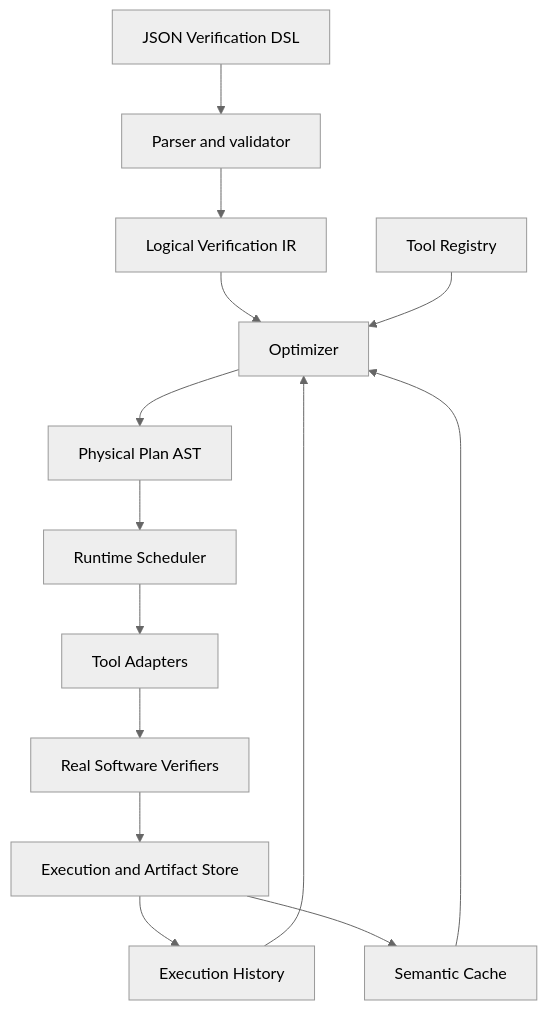
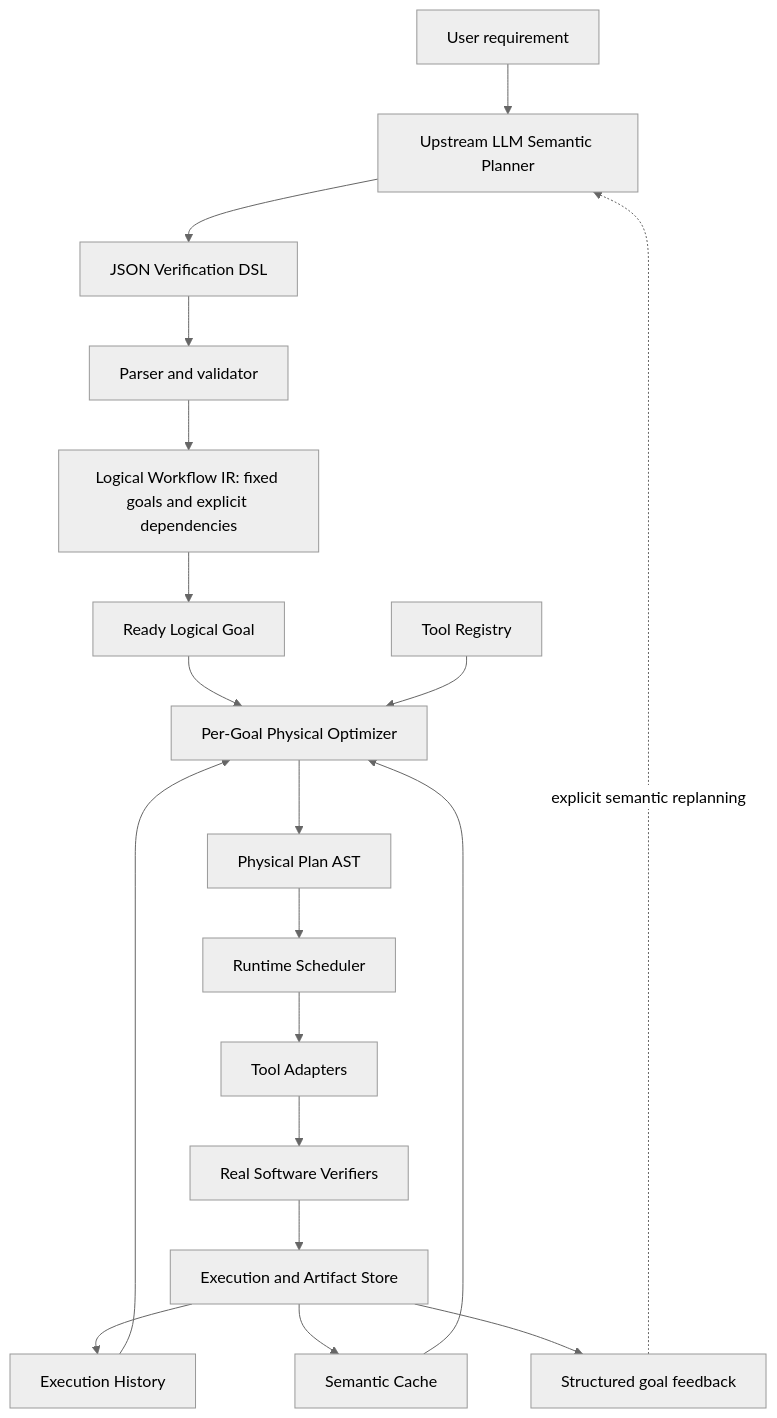
Before and after one commit to ponder-j/VeriRuntime-demo: the first of 2 diagrams in docs/architecture.md, drawn with Mermaid (neutral theme). The commit also changed other lines of this file and 44 other files, not shown here.

````diff
--- a/docs/architecture.md
+++ b/docs/architecture.md
@@ -33,16 +33,21 @@
 ```mermaid
 flowchart TD
+    User[User requirement] --> Semantic[Upstream LLM Semantic Planner]
+    Semantic --> DSL
     DSL[JSON Verification DSL] --> Parser[Parser and validator]
-    Parser --> Logical[Logical Verification IR]
-    Logical --> Optimizer
+    Parser --> Workflow[Logical Workflow IR: fixed goals and explicit dependencies]
+    Workflow --> Logical[Ready Logical Goal]
+    Logical --> Optimizer[Per-Goal Physical Optimizer]
     Registry[Tool Registry] --> Optimizer
     History[Execution History] --> Optimizer
     Cache[Semantic Cache] --> Optimizer
     Optimizer --> Physical[Physical Plan AST]
     Physical --> Runtime[Runtime Scheduler]
     Runtime --> Adapters[Tool Adapters]
     Adapters --> Verifiers[Real Software Verifiers]
     Verifiers --> Store[Execution and Artifact Store]
     Store --> History
     Store --> Cache
+    Store --> Feedback[Structured goal feedback]
+    Feedback -. explicit semantic replanning .-> Semantic
 ```
````
